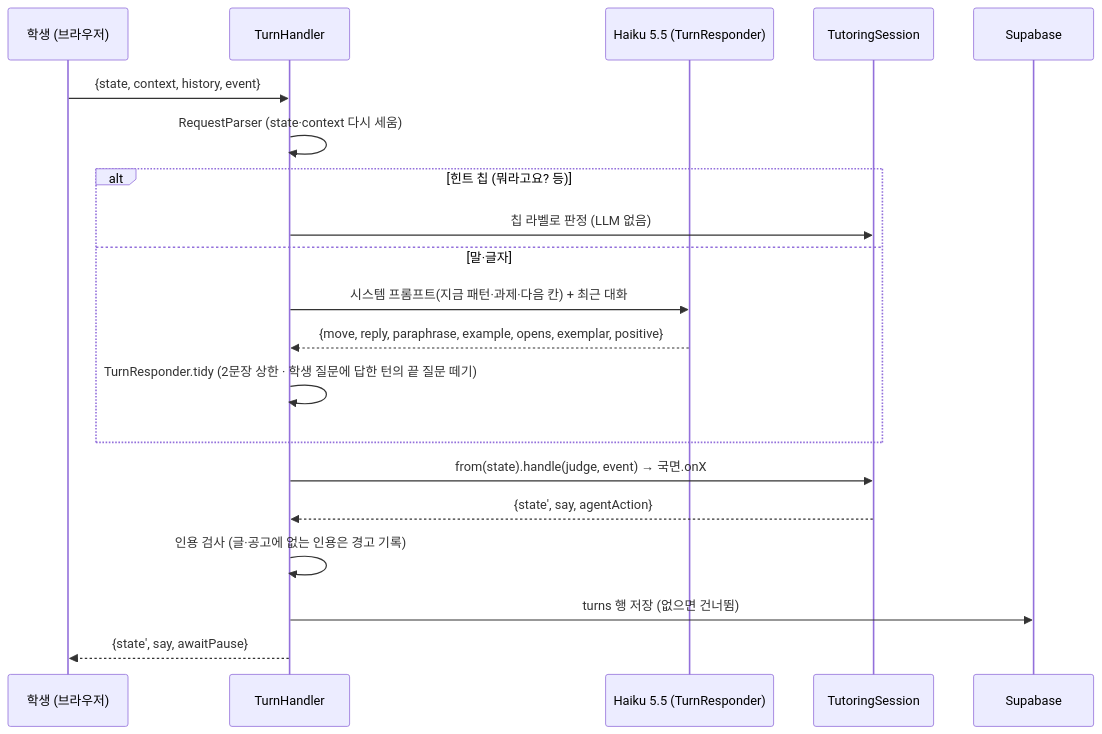
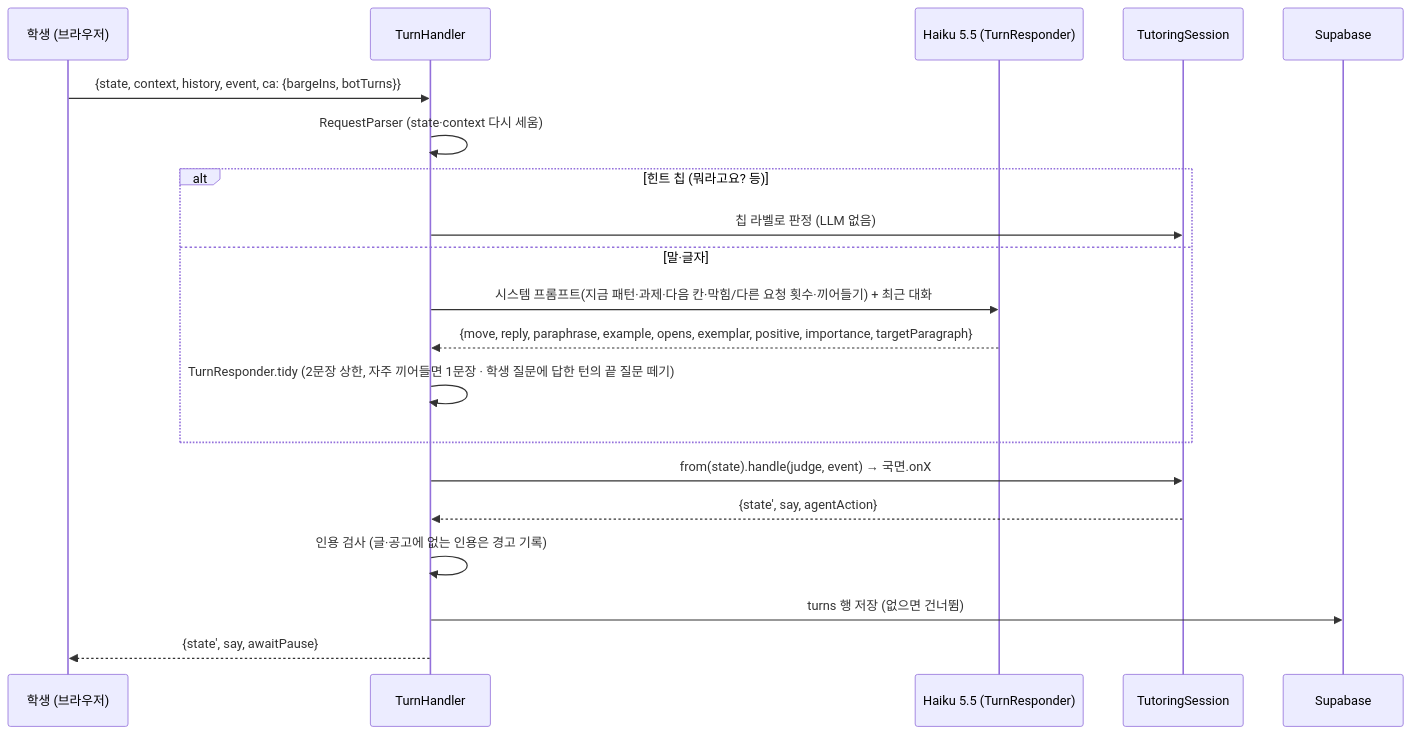
Before and after one commit to SogangCAAI/sogangwritemate_v0.3: the diagram in ARCHITECTURE.md, drawn with Mermaid. The commit also changed other lines of this file and 28 other files, not shown here.

````diff
--- a/ARCHITECTURE.md
+++ b/ARCHITECTURE.md
@@ -49,22 +49,22 @@
 ```mermaid
 sequenceDiagram
   participant S as 학생 (브라우저)
   participant T as TurnHandler
   participant H as Haiku 5.5 (TurnResponder)
   participant D as TutoringSession
   participant DB as Supabase
-  S->>T: {state, context, history, event}
+  S->>T: {state, context, history, event, ca: {bargeIns, botTurns}}
   T->>T: RequestParser (state·context 다시 세움)
   alt 힌트 칩 (뭐라고요? 등)
     T->>D: 칩 라벨로 판정 (LLM 없음)
   else 말·글자
-    T->>H: 시스템 프롬프트(지금 패턴·과제·다음 칸) + 최근 대화
-    H-->>T: {move, reply, paraphrase, example, opens, exemplar, positive}
-    T->>T: TurnResponder.tidy (2문장 상한 · 학생 질문에 답한 턴의 끝 질문 떼기)
+    T->>H: 시스템 프롬프트(지금 패턴·과제·다음 칸·막힘/다른 요청 횟수·끼어들기) + 최근 대화
+    H-->>T: {move, reply, paraphrase, example, opens, exemplar, positive, importance, targetParagraph}
+    T->>T: TurnResponder.tidy (2문장 상한, 자주 끼어들면 1문장 · 학생 질문에 답한 턴의 끝 질문 떼기)
   end
   T->>D: from(state).handle(judge, event) → 국면.onX
   D-->>T: {state', say, agentAction}
   T->>T: 인용 검사 (글·공고에 없는 인용은 경고 기록)
   T->>DB: turns 행 저장 (없으면 건너뜀)
   T-->>S: {state', say, awaitPause}
 ```
````
